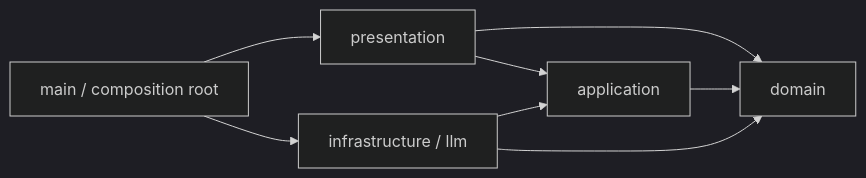
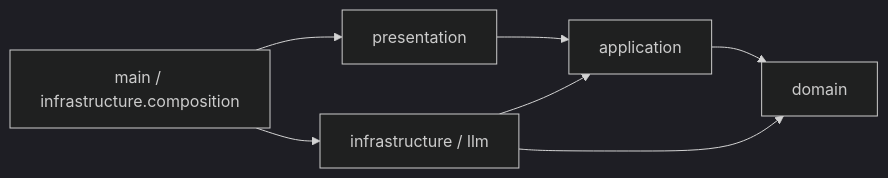
One commit to SatohaCC/medi-chat changed the first of 2 diagrams in backend/README.md. Above: the diagram before and after it, drawn with Mermaid (dark theme). The commit also changed other lines of this file and 65 other files, not shown here.

````diff
--- a/backend/README.md
+++ b/backend/README.md
@@ -108,10 +125,9 @@
 ```mermaid
 flowchart LR
   Presentation[presentation] --> App[application]
-  Presentation --> Domain[domain]
-  App --> Domain
+  App --> Domain[domain]
   Infra[infrastructure / llm] --> App
   Infra --> Domain
-  Main[main / composition root] --> Presentation
+  Main[main / infrastructure.composition] --> Presentation
   Main --> Infra
 ```
````
